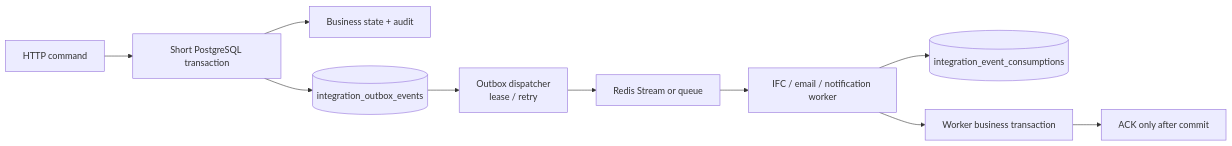
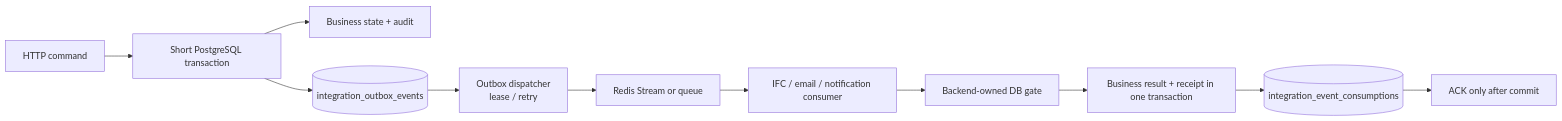
Before and after one commit to Capstone-FA26SE186-Fire3D/BE: the third of 3 diagrams in docs/backend-architecture.md, drawn with Mermaid. The commit also changed other lines of this file and 11 other files, not shown here.

````diff
--- a/docs/backend-architecture.md
+++ b/docs/backend-architecture.md
@@ -67,12 +70,13 @@
 ```mermaid
 flowchart LR
     Command[HTTP command] --> Tx[Short PostgreSQL transaction]
     Tx --> Aggregate[Business state + audit]
     Tx --> Outbox[(integration_outbox_events)]
     Outbox --> Dispatcher[Outbox dispatcher\nlease / retry]
     Dispatcher --> Stream[Redis Stream or queue]
-    Stream --> Consumer[IFC / email / notification worker]
-    Consumer --> Receipt[(integration_event_consumptions)]
-    Consumer --> Effect[Worker business transaction]
-    Effect --> Ack[ACK only after commit]
+    Stream --> Consumer[IFC / email / notification consumer]
+    Consumer --> Gate[Backend-owned DB gate]
+    Gate --> Effect[Business result + receipt in one transaction]
+    Effect --> Receipt[(integration_event_consumptions)]
+    Receipt --> Ack[ACK only after commit]
 ```
````
